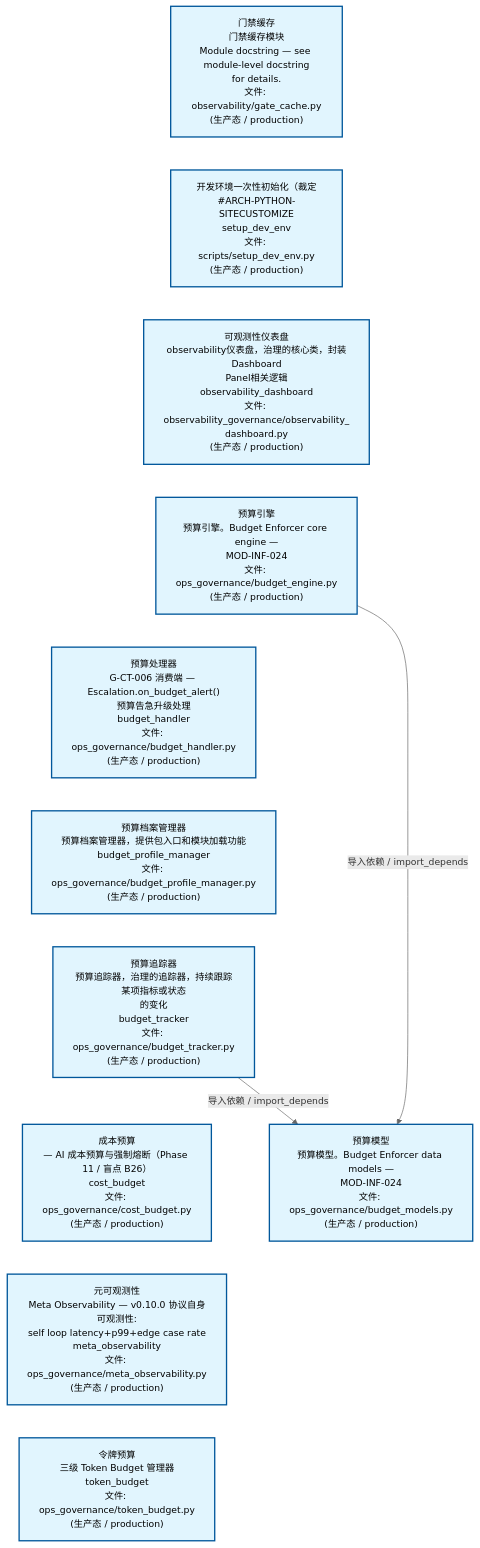
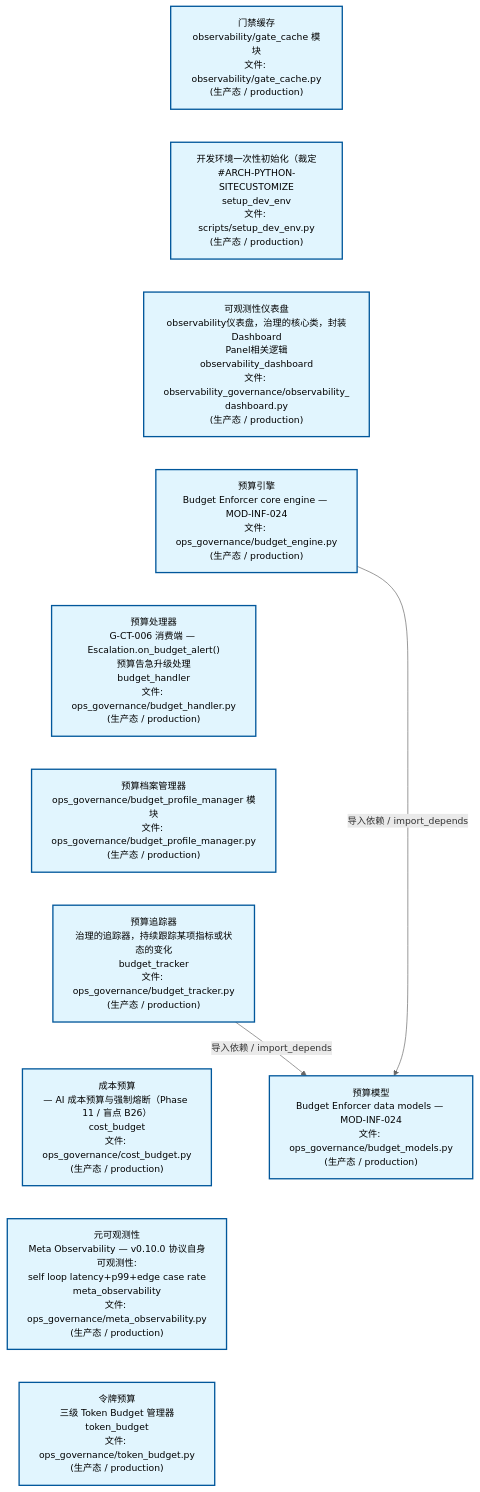
One commit to xuanFelixVan/ZephyrAlpha changed the second of 3 diagrams in docs/02_enterprise_architecture/02_domain_architecture_docs/24_d_ops.md. Above: the diagram before and after it, drawn with Mermaid. The commit also changed other lines of this file and 60 other files, not shown here.

````diff
--- a/docs/02_enterprise_architecture/02_domain_architecture_docs/24_d_ops.md
+++ b/docs/02_enterprise_architecture/02_domain_architecture_docs/24_d_ops.md
@@ -125,31 +125,31 @@
 ```mermaid
 %%{init: {'theme': 'base', 'themeVariables': {'primaryColor': '#eaeaea', 'primaryTextColor': '#333333', 'primaryBorderColor': '#666666', 'lineColor': '#666666', 'secondaryColor': '#eaeaea', 'tertiaryColor': '#eaeaea', 'fontSize': '14px'}}}%%
 flowchart TD
-    scripts_governance_observability_gate_cache_py["门禁缓存<br/>门禁缓存模块<br/>Module docstring — see module-level docstring<br/>for details.<br/>文件: observability/gate_cache.py<br/>(生产态 / production)"]
+    scripts_governance_observability_gate_cache_py["门禁缓存<br/>observability/gate_cache 模块<br/>文件: observability/gate_cache.py<br/>(生产态 / production)"]
     scripts_setup_dev_env_py["开发环境一次性初始化（裁定<br/>#ARCH-PYTHON-SITECUSTOMIZE<br/>setup_dev_env<br/>文件: scripts/setup_dev_env.py<br/>(生产态 / production)"]
     src_zephyr_governance_observability_governance_observability_dashboard_py["可观测性仪表盘<br/>observability仪表盘，治理的核心类，封装Dashboard<br/>Panel相关逻辑<br/>observability_dashboard<br/>文件: observability_governance/observability_<br/>dashboard.py<br/>(生产态 / production)"]
-    src_zephyr_governance_ops_governance_budget_engine_py["预算引擎<br/>预算引擎。Budget Enforcer core engine —<br/>MOD-INF-024<br/>文件: ops_governance/budget_engine.py<br/>(生产态 / production)"]
+    src_zephyr_governance_ops_governance_budget_engine_py["预算引擎<br/>Budget Enforcer core engine — MOD-INF-024<br/>文件: ops_governance/budget_engine.py<br/>(生产态 / production)"]
     src_zephyr_governance_ops_governance_budget_handler_py["预算处理器<br/>G-CT-006 消费端 — Escalation.on_budget_alert()<br/>预算告急升级处理<br/>budget_handler<br/>文件: ops_governance/budget_handler.py<br/>(生产态 / production)"]
-    src_zephyr_governance_ops_governance_budget_profile_manager_py["预算档案管理器<br/>预算档案管理器，提供包入口和模块加载功能<br/>budget_profile_manager<br/>文件: ops_governance/budget_profile_manager.py<br/>(生产态 / production)"]
-    src_zephyr_governance_ops_governance_budget_tracker_py["预算追踪器<br/>预算追踪器，治理的追踪器，持续跟踪某项指标或状态<br/>的变化<br/>budget_tracker<br/>文件: ops_governance/budget_tracker.py<br/>(生产态 / production)"]
+    src_zephyr_governance_ops_governance_budget_profile_manager_py["预算档案管理器<br/>ops_governance/budget_profile_manager 模块<br/>文件: ops_governance/budget_profile_manager.py<br/>(生产态 / production)"]
+    src_zephyr_governance_ops_governance_budget_tracker_py["预算追踪器<br/>治理的追踪器，持续跟踪某项指标或状态的变化<br/>budget_tracker<br/>文件: ops_governance/budget_tracker.py<br/>(生产态 / production)"]
     src_zephyr_governance_ops_governance_cost_budget_py["成本预算<br/>— AI 成本预算与强制熔断（Phase 11 / 盲点 B26）<br/>cost_budget<br/>文件: ops_governance/cost_budget.py<br/>(生产态 / production)"]
     src_zephyr_governance_ops_governance_meta_observability_py["元可观测性<br/>Meta Observability — v0.10.0 协议自身可观测性:<br/>self loop latency+p99+edge case rate<br/>meta_observability<br/>文件: ops_governance/meta_observability.py<br/>(生产态 / production)"]
     src_zephyr_governance_ops_governance_token_budget_py["令牌预算<br/>三级 Token Budget 管理器<br/>token_budget<br/>文件: ops_governance/token_budget.py<br/>(生产态 / production)"]
     scripts_governance_observability_gate_cache_py ~~~ scripts_setup_dev_env_py
     scripts_setup_dev_env_py ~~~ src_zephyr_governance_observability_governance_observability_dashboard_py
     src_zephyr_governance_observability_governance_observability_dashboard_py ~~~ src_zephyr_governance_ops_governance_budget_engine_py
     src_zephyr_governance_ops_governance_budget_engine_py ~~~ src_zephyr_governance_ops_governance_budget_handler_py
     src_zephyr_governance_ops_governance_budget_handler_py ~~~ src_zephyr_governance_ops_governance_budget_profile_manager_py
     src_zephyr_governance_ops_governance_budget_profile_manager_py ~~~ src_zephyr_governance_ops_governance_budget_tracker_py
     src_zephyr_governance_ops_governance_budget_tracker_py ~~~ src_zephyr_governance_ops_governance_cost_budget_py
     src_zephyr_governance_ops_governance_cost_budget_py ~~~ src_zephyr_governance_ops_governance_meta_observability_py
     src_zephyr_governance_ops_governance_meta_observability_py ~~~ src_zephyr_governance_ops_governance_token_budget_py
-    src_zephyr_governance_ops_governance_budget_models_py["预算模型<br/>预算模型。Budget Enforcer data models —<br/>MOD-INF-024<br/>文件: ops_governance/budget_models.py<br/>(生产态 / production)"]
+    src_zephyr_governance_ops_governance_budget_models_py["预算模型<br/>Budget Enforcer data models — MOD-INF-024<br/>文件: ops_governance/budget_models.py<br/>(生产态 / production)"]
     src_zephyr_governance_ops_governance_budget_engine_py -->|导入依赖 / import_depends| src_zephyr_governance_ops_governance_budget_models_py
     src_zephyr_governance_ops_governance_budget_tracker_py -->|导入依赖 / import_depends| src_zephyr_governance_ops_governance_budget_models_py
     classDef production fill:#e1f5fe,stroke:#01579b,stroke-width:2px,color:#000
     classDef design fill:#fff3e0,stroke:#e65100,stroke-width:2px,color:#000,stroke-dasharray: 5 5
     classDef external_prod fill:#e8f4fd,stroke:#0277bd,stroke-width:1px,color:#000
     classDef external_design fill:#fff8e7,stroke:#ef6c00,stroke-width:1px,color:#000,stroke-dasharray: 5 5
     class scripts_governance_observability_gate_cache_py,scripts_setup_dev_env_py,src_zephyr_governance_observability_governance_observability_dashboard_py,src_zephyr_governance_ops_governance_budget_engine_py,src_zephyr_governance_ops_governance_budget_handler_py,src_zephyr_governance_ops_governance_budget_models_py,src_zephyr_governance_ops_governance_budget_profile_manager_py,src_zephyr_governance_ops_governance_budget_tracker_py,src_zephyr_governance_ops_governance_cost_budget_py,src_zephyr_governance_ops_governance_meta_observability_py,src_zephyr_governance_ops_governance_token_budget_py production
 ```
````
